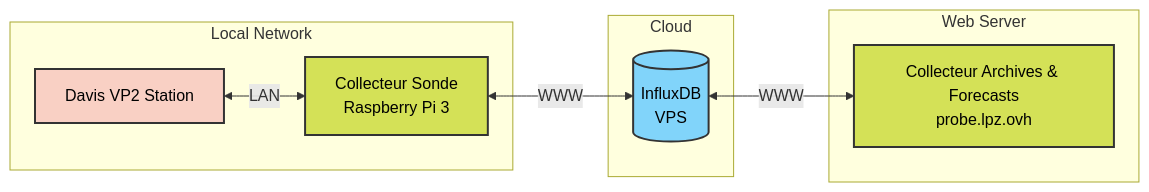
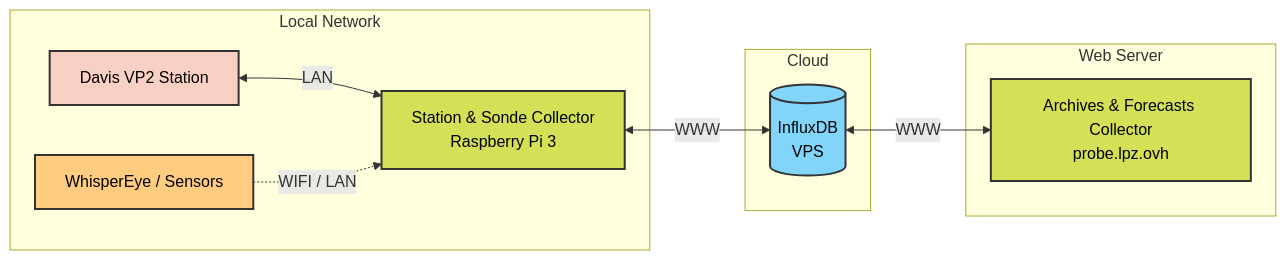
Before and after one commit to sctfic/Probe2: the diagram in README.md, drawn with Mermaid. The commit also changed other lines of this file, not shown here.

````diff
--- a/README.md
+++ b/README.md
@@ -15,22 +15,25 @@
 ```mermaid
 graph LR
     subgraph Local Network
-        VP2[Davis VP2 Station] <-->|LAN| RPI[Collecteur Sonde<br/>Raspberry Pi 3]
+        VP2[Davis VP2 Station] <-->|LAN| RPI[Station & Sonde Collector<br/>Raspberry Pi 3]
+        WE[WhisperEye / Sensors] -.->|WIFI / LAN| RPI
     end
     
     subgraph Cloud
         RPI <-->|WWW| DB[(InfluxDB<br/>VPS)]
     end
     
     subgraph Web Server
-        DB <-->|WWW| WEB[Collecteur Archives & Forecasts<br/>probe.lpz.ovh]
+        DB <-->|WWW| WEB[Archives & Forecasts Collector<br/>probe.lpz.ovh]
     end
 
     classDef hw fill:#f9d0c4,stroke:#333,stroke-width:2px,color:#000;
     classDef compute fill:#d4e157,stroke:#333,stroke-width:2px,color:#000;
     classDef db fill:#81d4fa,stroke:#333,stroke-width:2px,color:#000;
+    classDef sensor fill:#ffcc80,stroke:#333,stroke-width:2px,color:#000;
     
     class VP2 hw;
+    class WE sensor;
     class RPI,WEB compute;
     class DB db;
 ```
````
